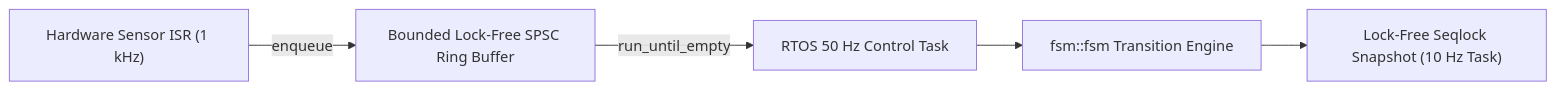
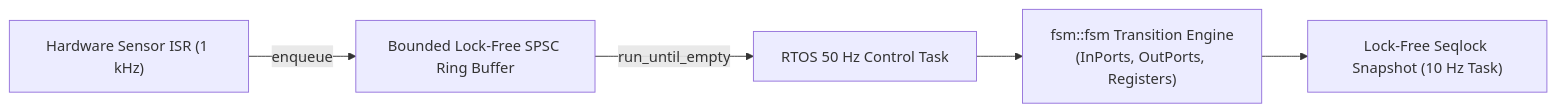
Before and after one commit to simoneCavalleri/fsmc: the first of 2 diagrams in docs/runtime_api/design_patterns.md, drawn with Mermaid. The commit also changed other lines of this file and 39 other files, not shown here.

````diff
--- a/docs/runtime_api/design_patterns.md
+++ b/docs/runtime_api/design_patterns.md
@@ -15,7 +15,7 @@
 ```mermaid
 flowchart LR
     HW["Hardware Sensor ISR (1 kHz)"] -->|enqueue| Ring["Bounded Lock-Free SPSC Ring Buffer"]
     Ring -->|run_until_empty| Task["RTOS 50 Hz Control Task"]
-    Task --> Engine["fsm::fsm Transition Engine"]
+    Task --> Engine["fsm::fsm Transition Engine<br/>(InPorts, OutPorts, Registers)"]
     Engine --> Telemetry["Lock-Free Seqlock Snapshot (10 Hz Task)"]
 ```
````
